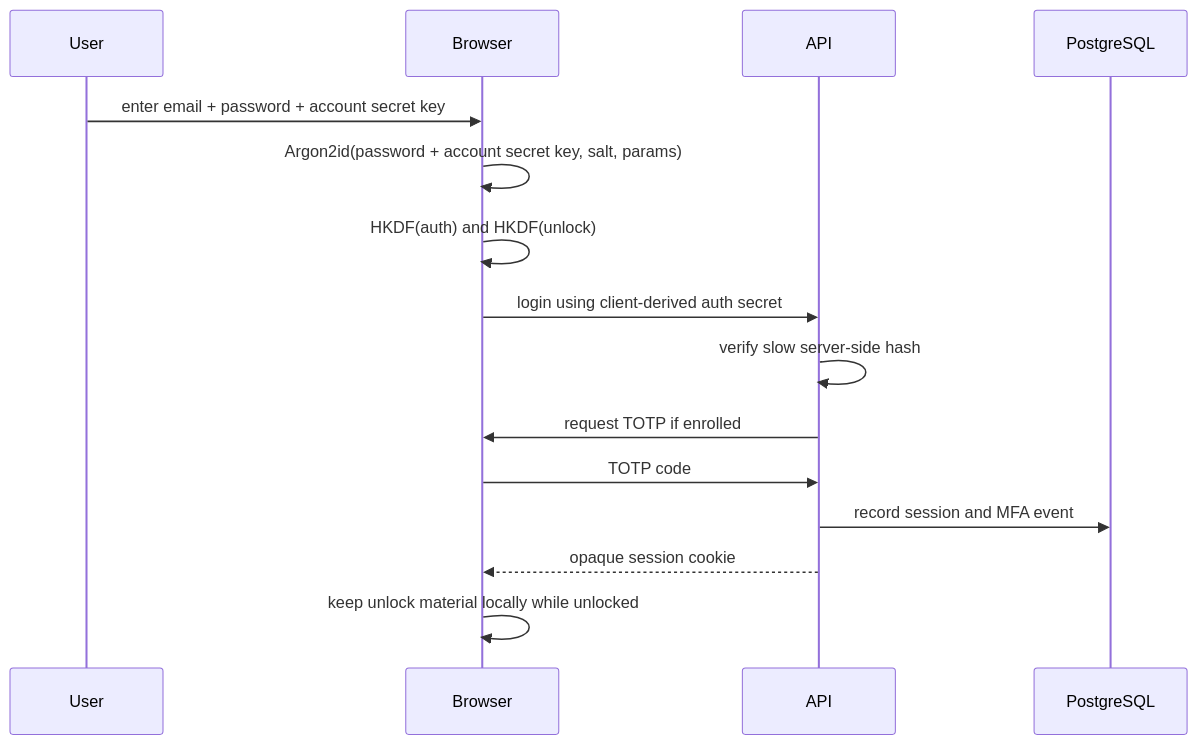
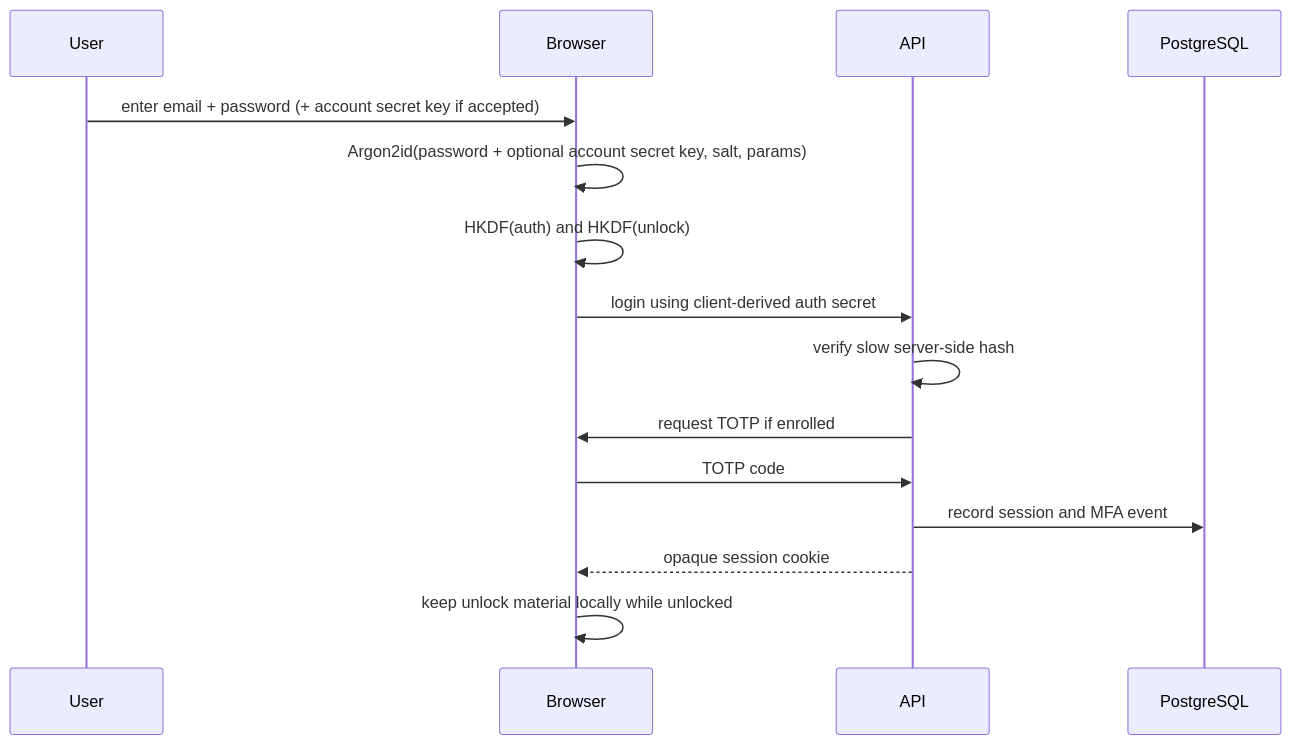
The first of 2 diagrams in docs/foundational-decisions.md (ded-isshin/password-vault), drawn with Mermaid before and after one commit. The commit also changed other lines of this file and 7 other files, not shown here.

Commit message:
docs: align account secret key wording

````diff
--- a/docs/foundational-decisions.md
+++ b/docs/foundational-decisions.md
@@ -97,18 +98,18 @@
 ```mermaid
 sequenceDiagram
   participant User
   participant Browser
   participant API
   participant DB as PostgreSQL
 
-  User->>Browser: enter email + password + account secret key
-  Browser->>Browser: Argon2id(password + account secret key, salt, params)
+  User->>Browser: enter email + password (+ account secret key if accepted)
+  Browser->>Browser: Argon2id(password + optional account secret key, salt, params)
   Browser->>Browser: HKDF(auth) and HKDF(unlock)
   Browser->>API: login using client-derived auth secret
   API->>API: verify slow server-side hash
   API->>Browser: request TOTP if enrolled
   Browser->>API: TOTP code
   API->>DB: record session and MFA event
   API-->>Browser: opaque session cookie
   Browser->>Browser: keep unlock material locally while unlocked
 ```
````
